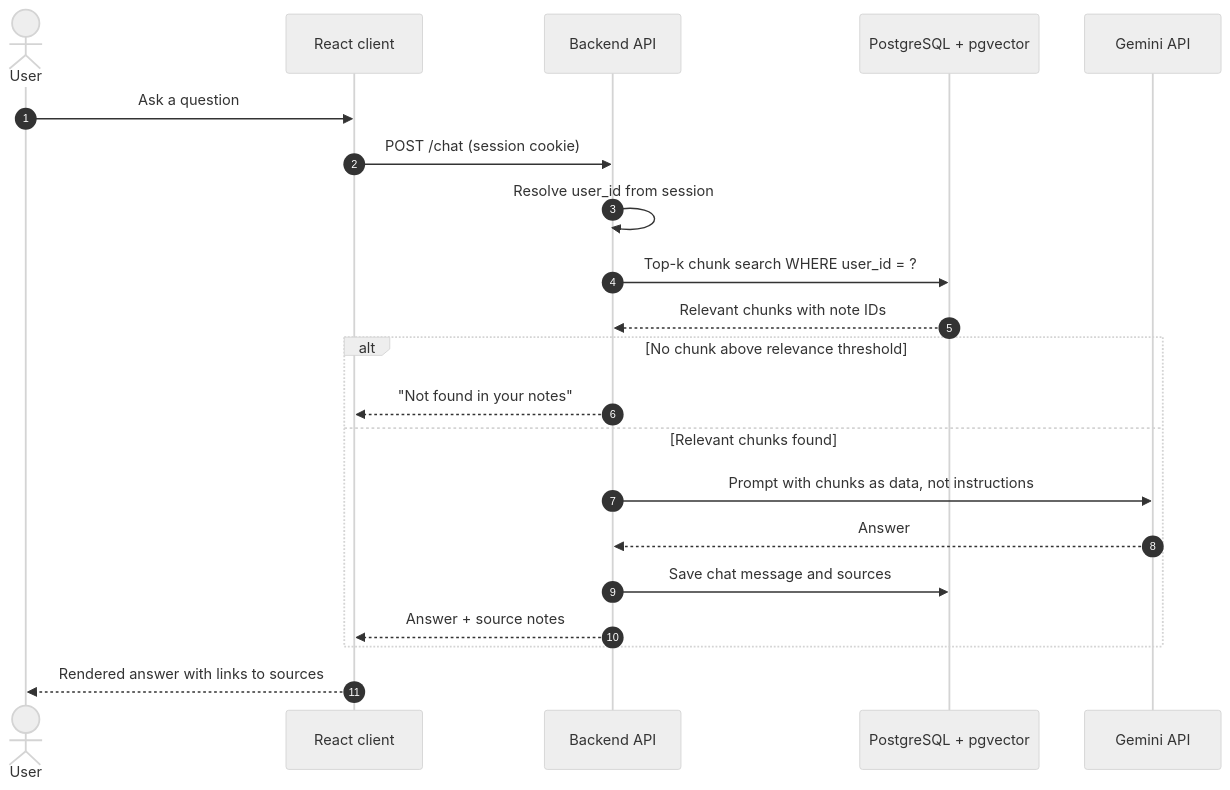
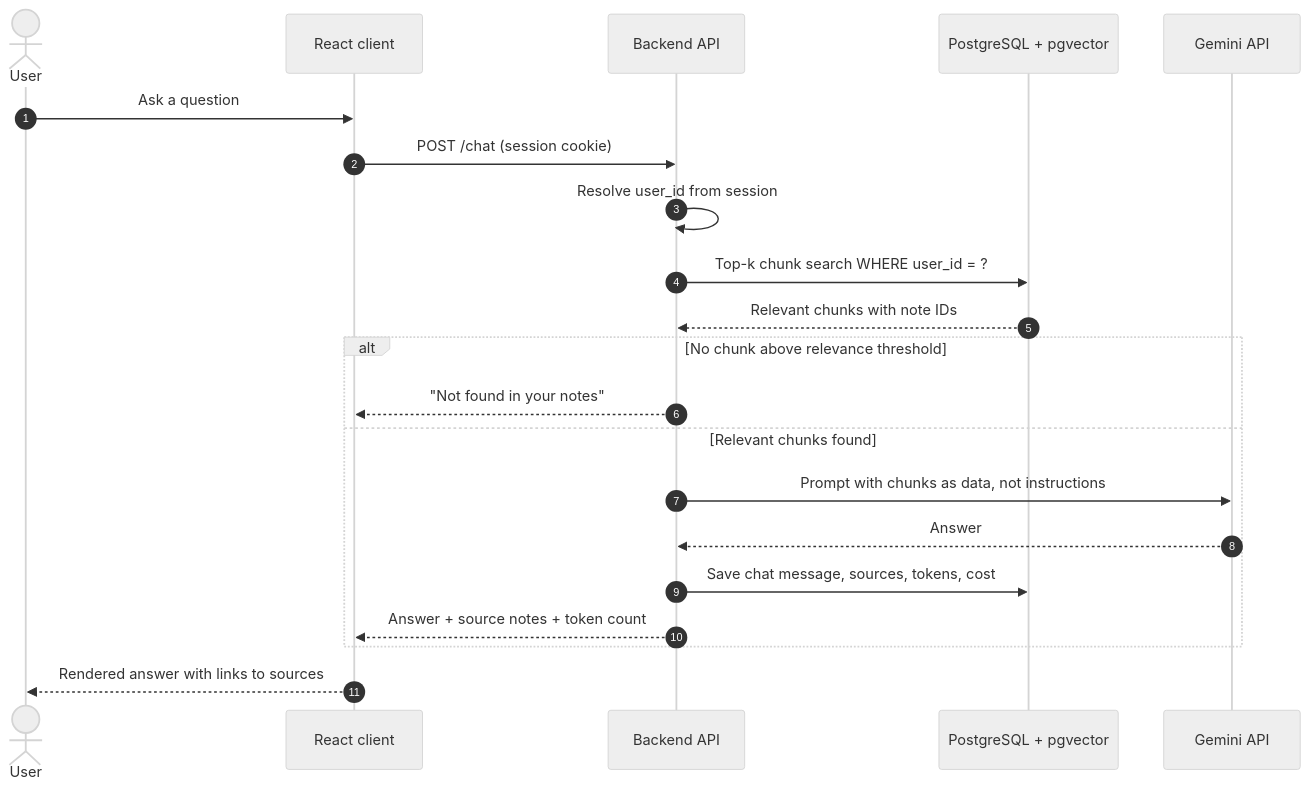
Before and after one commit to wynn-nguyen-dev/Synapse: the second of 3 diagrams in README.md, drawn with Mermaid (neutral theme). The commit also changed other lines of this file, not shown here.

````diff
--- a/README.md
+++ b/README.md
@@ -136,24 +146,24 @@
 ```mermaid
 sequenceDiagram
     autonumber
     actor User
     participant UI as React client
     participant API as Backend API
     participant DB as PostgreSQL + pgvector
     participant LLM as Gemini API
 
     User->>UI: Ask a question
     UI->>API: POST /chat (session cookie)
     API->>API: Resolve user_id from session
     API->>DB: Top-k chunk search WHERE user_id = ?
     DB-->>API: Relevant chunks with note IDs
     alt No chunk above relevance threshold
         API-->>UI: "Not found in your notes"
     else Relevant chunks found
         API->>LLM: Prompt with chunks as data, not instructions
         LLM-->>API: Answer
-        API->>DB: Save chat message and sources
-        API-->>UI: Answer + source notes
+        API->>DB: Save chat message, sources, tokens, cost
+        API-->>UI: Answer + source notes + token count
     end
     UI-->>User: Rendered answer with links to sources
 ```
````
